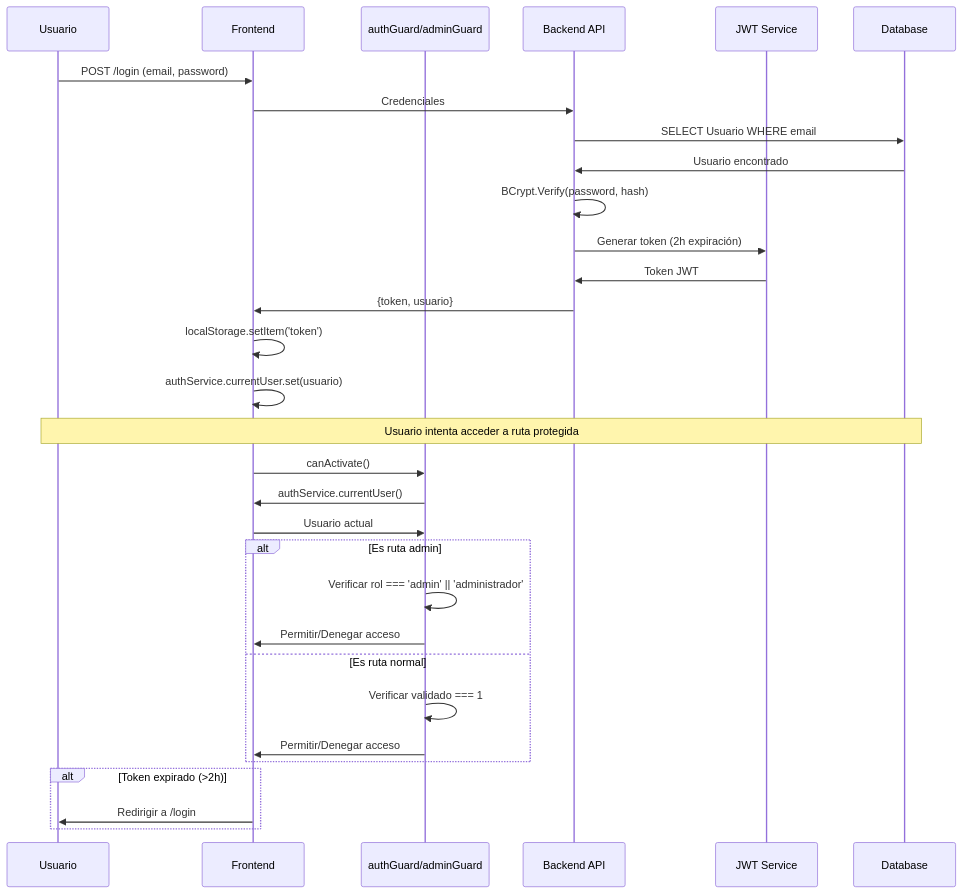
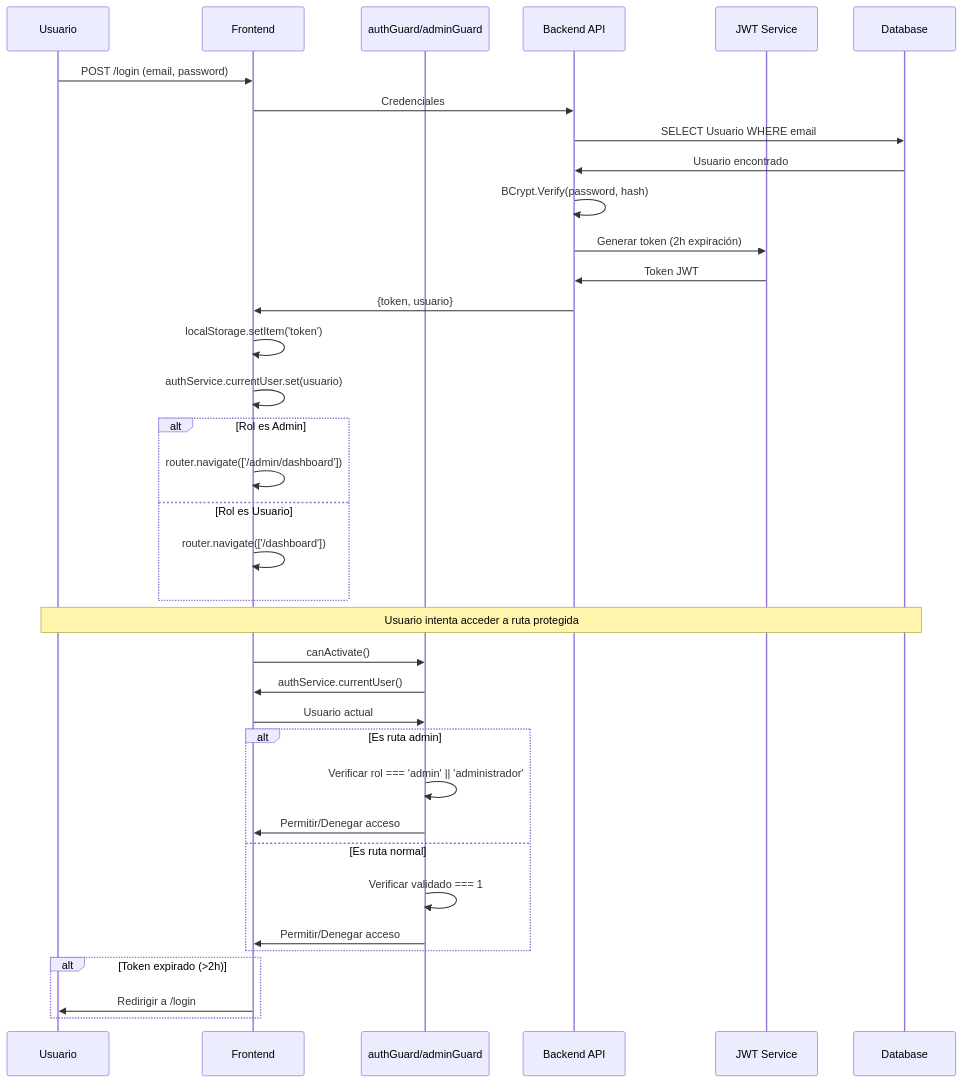
One commit to javallecillo-hiberuscom/subastas changed the ninth of 10 diagrams in docs/DIAGRAMAS.md. Above: the diagram before and after it, drawn with Mermaid. The commit also changed other lines of this file and 394 other files, not shown here.

````diff
--- a/docs/DIAGRAMAS.md
+++ b/docs/DIAGRAMAS.md
@@ -404,38 +424,44 @@
 ```mermaid
 sequenceDiagram
     participant U as Usuario
     participant F as Frontend
     participant Guard as authGuard/adminGuard
     participant API as Backend API
     participant JWT as JWT Service
     participant DB as Database
     
     U->>F: POST /login (email, password)
     F->>API: Credenciales
     API->>DB: SELECT Usuario WHERE email
     DB->>API: Usuario encontrado
     API->>API: BCrypt.Verify(password, hash)
     API->>JWT: Generar token (2h expiración)
     JWT->>API: Token JWT
     API->>F: {token, usuario}
     F->>F: localStorage.setItem('token')
     F->>F: authService.currentUser.set(usuario)
     
+    alt Rol es Admin
+        F->>F: router.navigate(['/admin/dashboard'])
+    else Rol es Usuario
+        F->>F: router.navigate(['/dashboard'])
+    end
+    
     Note over U,DB: Usuario intenta acceder a ruta protegida
     
     F->>Guard: canActivate()
     Guard->>F: authService.currentUser()
     F->>Guard: Usuario actual
     
     alt Es ruta admin
         Guard->>Guard: Verificar rol === 'admin' || 'administrador'
         Guard->>F: Permitir/Denegar acceso
     else Es ruta normal
         Guard->>Guard: Verificar validado === 1
         Guard->>F: Permitir/Denegar acceso
     end
     
     alt Token expirado (>2h)
         F->>U: Redirigir a /login
     end
 ```
````
